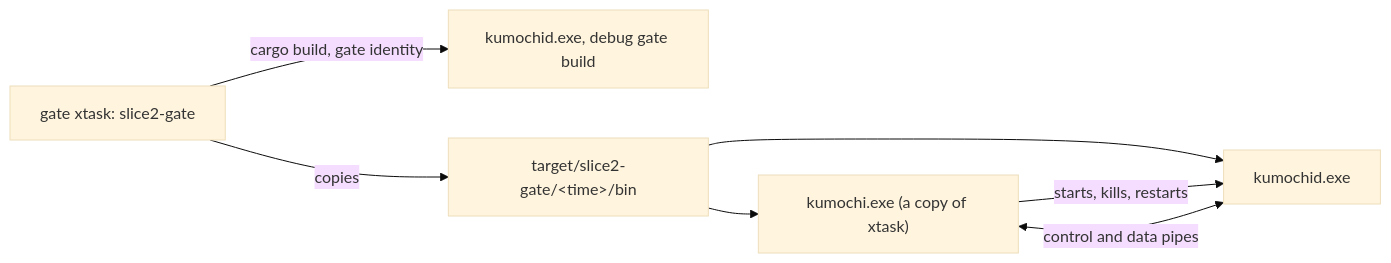
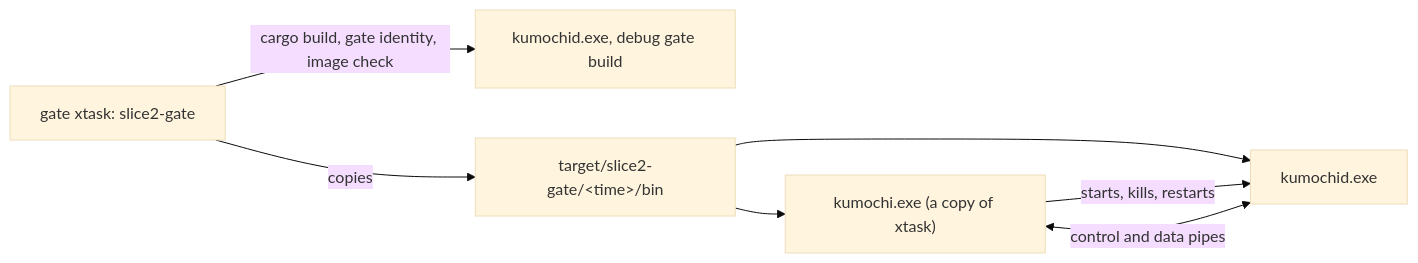
The diagram in docs/development/slice2-gate.md (labcoder/capsula), drawn with Mermaid (base theme) before and after one commit. The commit also changed other lines of this file and 10 other files, not shown here.

Commit message:
feat(xtask): launch gate images through the folder override

````diff
--- a/docs/development/slice2-gate.md
+++ b/docs/development/slice2-gate.md
@@ -13,9 +13,9 @@
 ```mermaid
 flowchart LR
-  X[gate xtask: slice2-gate] -->|cargo build, gate identity| B[kumochid.exe, debug gate build]
+  X[gate xtask: slice2-gate] -->|cargo build, gate identity, image check| B[kumochid.exe, debug gate build]
   X -->|copies| F["target/slice2-gate/&lt;time&gt;/bin"]
   F --> C["kumochi.exe (a copy of xtask)"]
   F --> D[kumochid.exe]
   C -->|starts, kills, restarts| D
   C <-->|control and data pipes| D
 ```
````
